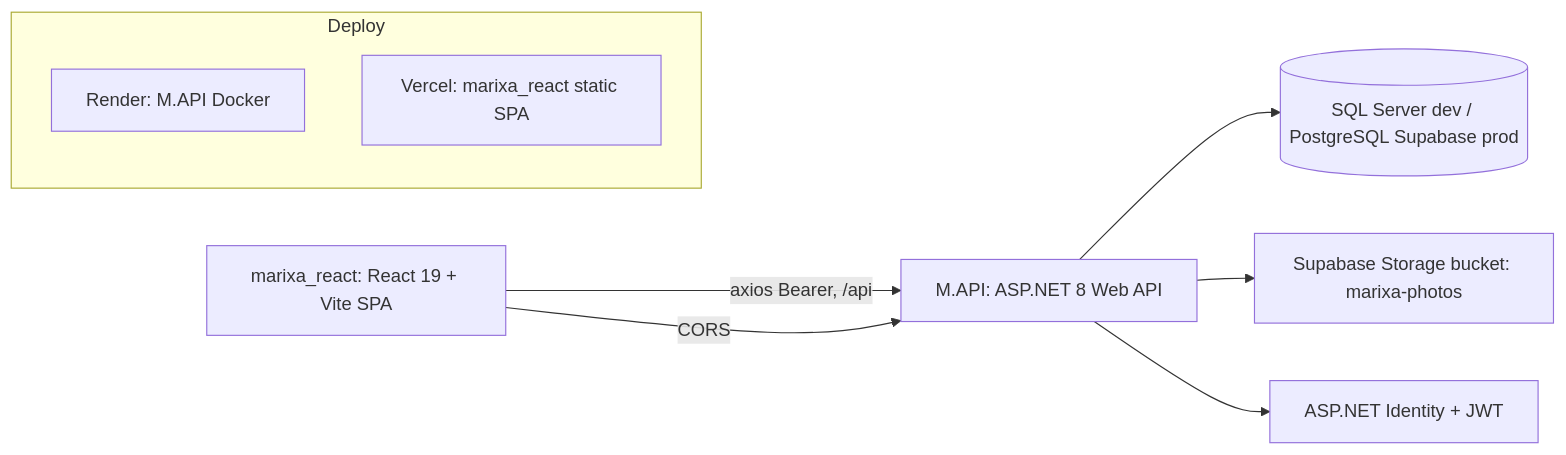
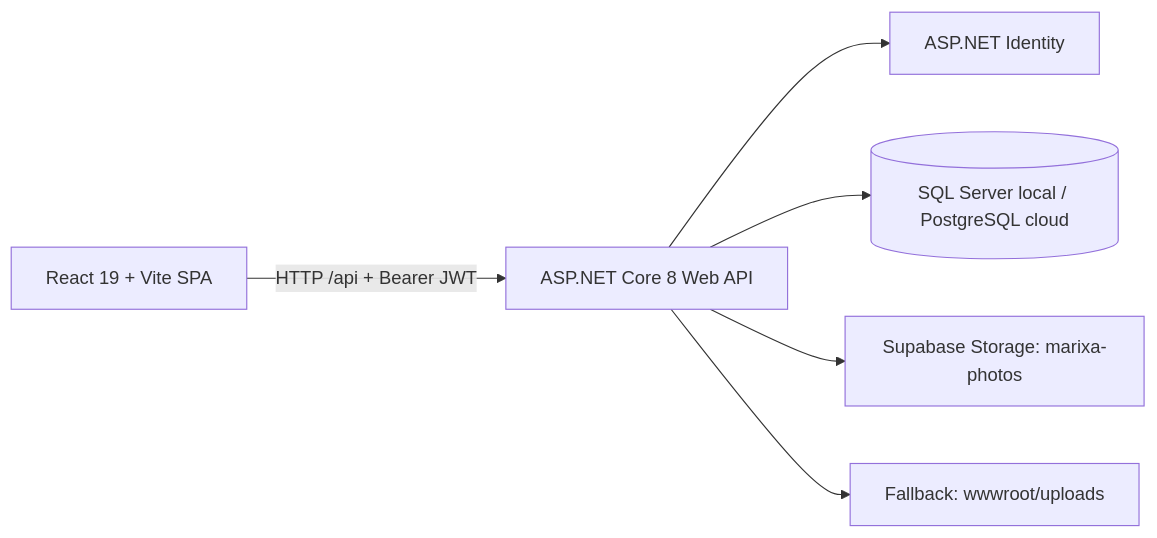
One commit to taiDinh303/M-ChamCong changed the diagram in docs/03-architecture.md. Above: the diagram before and after it, drawn with Mermaid. The commit also changed other lines of this file and 21 other files, not shown here.

````diff
--- a/docs/03-architecture.md
+++ b/docs/03-architecture.md
@@ -14,12 +9,8 @@
 ```mermaid
 flowchart LR
-  UI[marixa_react: React 19 + Vite SPA] -->|axios Bearer, /api| API[M.API: ASP.NET 8 Web API]
-  UI -->|CORS| API
-  API --> DB[(SQL Server dev / PostgreSQL Supabase prod)]
-  API --> IMG[Supabase Storage bucket: marixa-photos]
-  API --> AUTH[ASP.NET Identity + JWT]
-  subgraph Deploy
-    R[Render: M.API Docker]
-    V[Vercel: marixa_react static SPA]
-  end
+  UI[React 19 + Vite SPA] -->|HTTP /api + Bearer JWT| API[ASP.NET Core 8 Web API]
+  API --> ID[ASP.NET Identity]
+  API --> DB[(SQL Server local / PostgreSQL cloud)]
+  API --> STORAGE[Supabase Storage: marixa-photos]
+  API --> LOCAL[Fallback: wwwroot/uploads]
 ```
````
